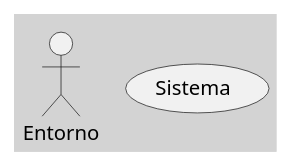
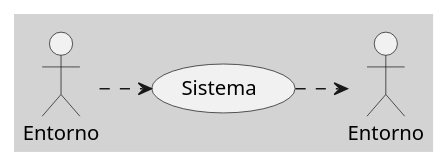
The diagram in src/site/notes/050 Base de Conocimientos/200  Mi Zettelkasten/100 Docencia/Org1/2025/Clase 06 Sistemas (Fronteras, Complejidad y Tipologías)/Zk Sistemas Cerrados.md (egrpy/egr-zettel-lectures), drawn with PlantUML before and after one commit. The commit also changed other lines of this file and 4 other files, not shown here.

````diff
--- a/src/site/notes/050 Base de Conocimientos/200  Mi Zettelkasten/100 Docencia/Org1/2025/Clase 06 Sistemas (Fronteras, Complejidad y Tipologías)/Zk Sistemas Cerrados.md
+++ b/src/site/notes/050 Base de Conocimientos/200  Mi Zettelkasten/100 Docencia/Org1/2025/Clase 06 Sistemas (Fronteras, Complejidad y Tipologías)/Zk Sistemas Cerrados.md
@@ -13,13 +13,15 @@
 ```plantuml
 @startuml
 !pragma layout smetana
 skinparam style strictuml
 skinparam BackgroundColor LightGray
-'left to right direction
+left to right direction
 skinparam linetype ortho
 
 actor Entorno as A1
-(Sistema)
+actor Entorno as A2
+A1 ..> (Sistema)
+(Sistema) ..> A2
 
 @enduml
 ```
````
